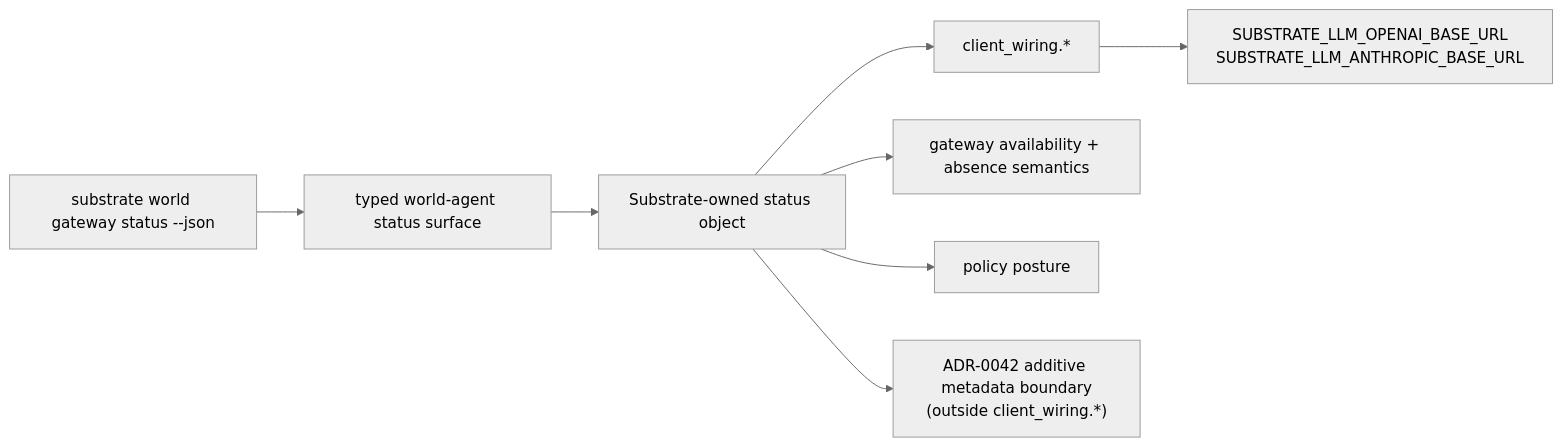
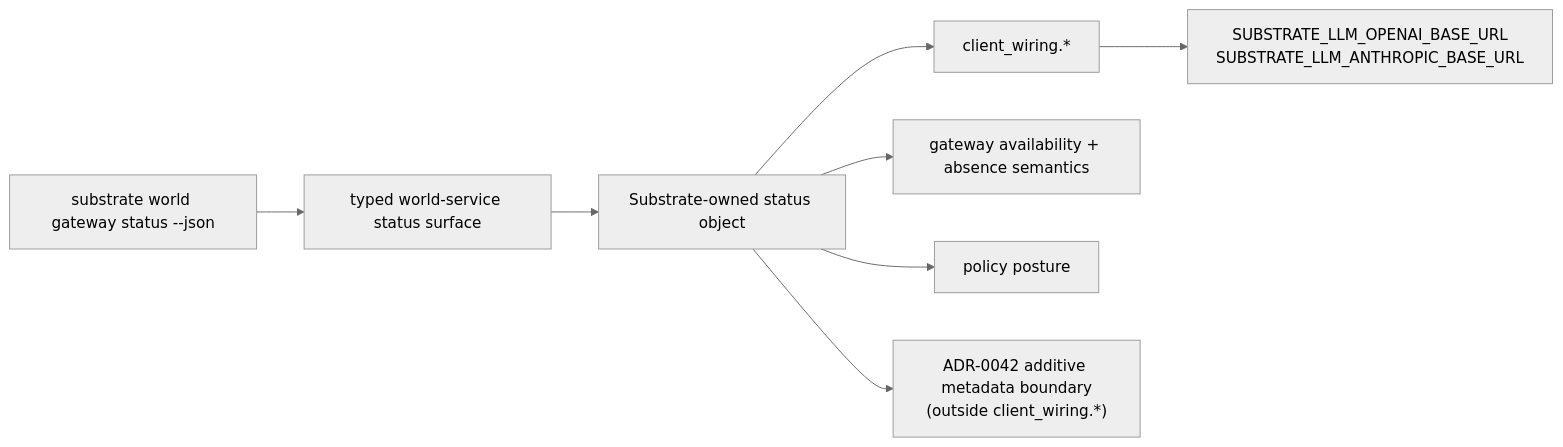
One commit to atomize-hq/substrate changed the second of 4 diagrams in docs/project_management/packs/draft/substrate-gateway-boundary-and-runtime-ownership-fse/review_surfaces.md. Above: the diagram before and after it, drawn with Mermaid (neutral theme). The commit also changed other lines of this file and 590 other files, not shown here.

````diff
--- a/docs/project_management/packs/draft/substrate-gateway-boundary-and-runtime-ownership-fse/review_surfaces.md
+++ b/docs/project_management/packs/draft/substrate-gateway-boundary-and-runtime-ownership-fse/review_surfaces.md
@@ -20,10 +20,10 @@
 ```mermaid
 flowchart LR
-  CMD["substrate world gateway status --json"] --> WA["typed world-agent status surface"]
+  CMD["substrate world gateway status --json"] --> WA["typed world-service status surface"]
   WA --> ST["Substrate-owned status object"]
   ST --> CW["client_wiring.*"]
   ST --> AV["gateway availability + absence semantics"]
   ST --> PP["policy posture"]
   CW --> ENV["SUBSTRATE_LLM_OPENAI_BASE_URL<br/>SUBSTRATE_LLM_ANTHROPIC_BASE_URL"]
   ST --> ADR42["ADR-0042 additive metadata boundary<br/>(outside client_wiring.*)"]
 ```
````
